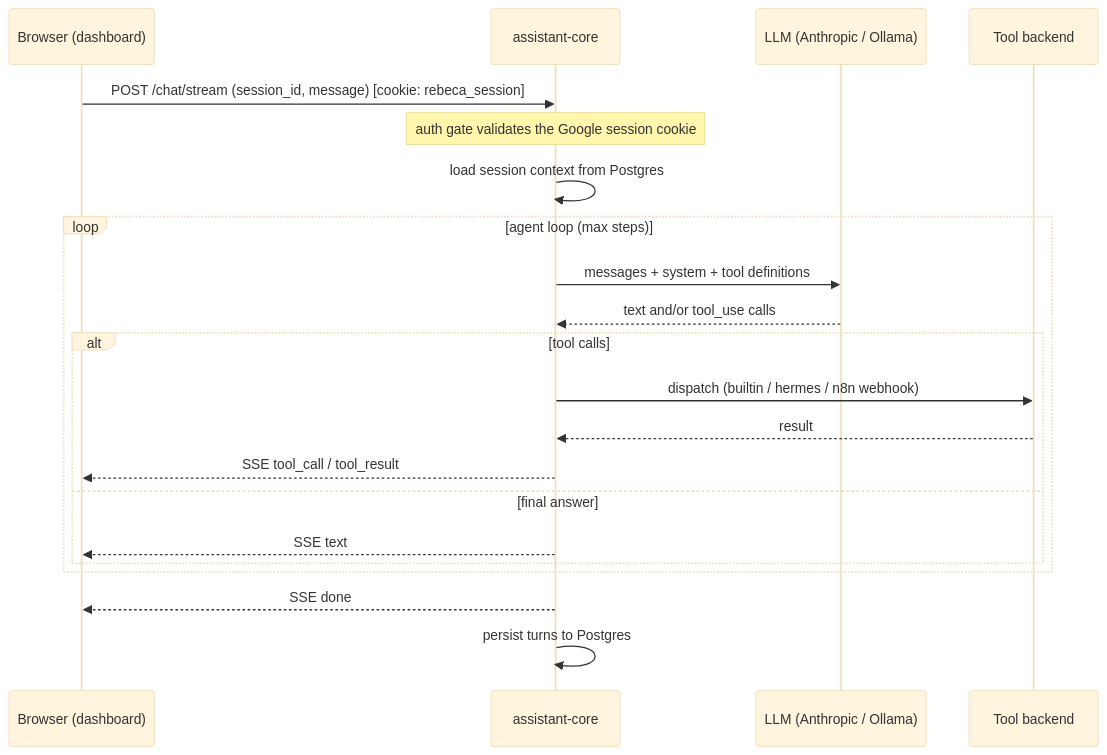
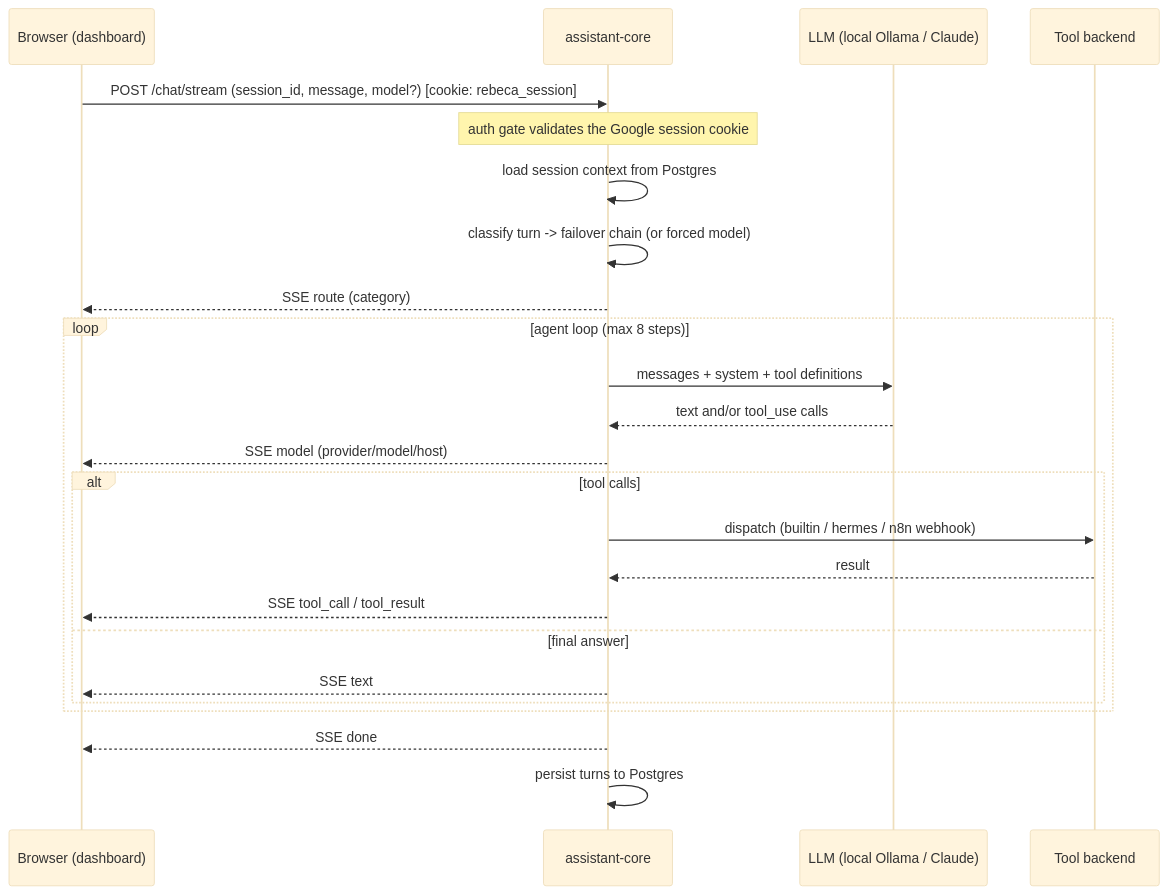
The third of 11 diagrams in docs/ARCHITECTURE.md (SethSterling22/Productivity_Tools), drawn with Mermaid (base theme) before and after one commit. The commit also changed other lines of this file and 6 other files, not shown here.

````diff
--- a/docs/ARCHITECTURE.md
+++ b/docs/ARCHITECTURE.md
@@ -119,23 +145,26 @@
 ```mermaid
 sequenceDiagram
   participant B as Browser (dashboard)
   participant AC as assistant-core
-  participant LLM as LLM (Anthropic / Ollama)
+  participant LLM as LLM (local Ollama / Claude)
   participant T as Tool backend
-  B->>AC: POST /chat/stream (session_id, message) [cookie: rebeca_session]
+  B->>AC: POST /chat/stream (session_id, message, model?) [cookie: rebeca_session]
   Note over AC: auth gate validates the Google session cookie
   AC->>AC: load session context from Postgres
-  loop agent loop (max steps)
+  AC->>AC: classify turn -> failover chain (or forced model)
+  AC-->>B: SSE route (category)
+  loop agent loop (max 8 steps)
     AC->>LLM: messages + system + tool definitions
     LLM-->>AC: text and/or tool_use calls
+    AC-->>B: SSE model (provider/model/host)
     alt tool calls
       AC->>T: dispatch (builtin / hermes / n8n webhook)
       T-->>AC: result
       AC-->>B: SSE tool_call / tool_result
     else final answer
       AC-->>B: SSE text
     end
   end
   AC-->>B: SSE done
   AC->>AC: persist turns to Postgres
 ```
````
